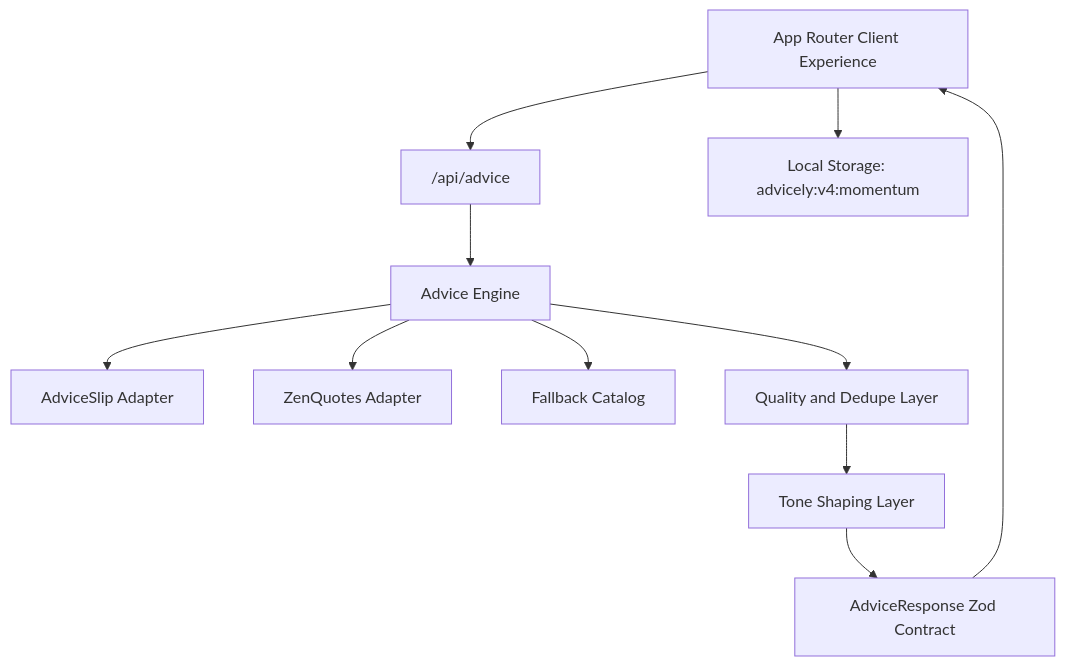
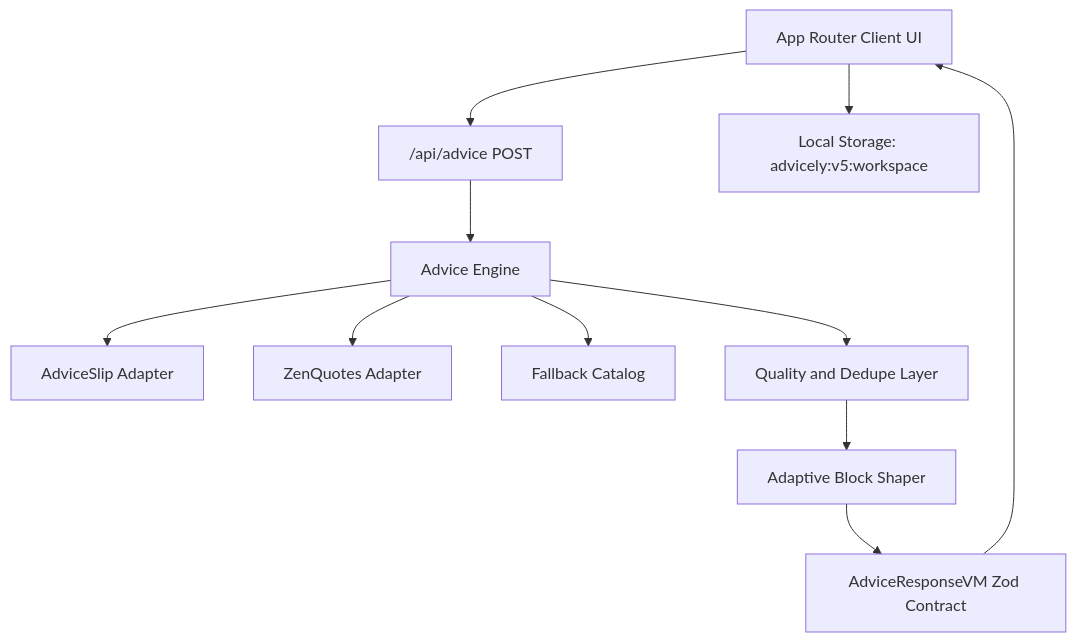
Before and after one commit to AibSyed/advicely: the diagram in docs/architecture.md, drawn with Mermaid. The commit also changed other lines of this file and 46 other files, not shown here.

Commit message:
feat: relaunch advicely v5 as utility-first advice studio (#15)

````diff
--- a/docs/architecture.md
+++ b/docs/architecture.md
@@ -7,13 +7,13 @@
 ```mermaid
 flowchart TB
-  UI["App Router Client Experience"] --> API["/api/advice"]
-  API --> ENG["Advice Engine"]
-  ENG --> PRI["AdviceSlip Adapter"]
-  ENG --> SEC["ZenQuotes Adapter"]
-  ENG --> CAT["Fallback Catalog"]
-  ENG --> QUAL["Quality and Dedupe Layer"]
-  QUAL --> SHAPE["Tone Shaping Layer"]
-  SHAPE --> CONTRACT["AdviceResponse Zod Contract"]
+  UI["App Router Client UI"] --> API["/api/advice POST"]
+  API --> EN["Advice Engine"]
+  EN --> PRI["AdviceSlip Adapter"]
+  EN --> SEC["ZenQuotes Adapter"]
+  EN --> CAT["Fallback Catalog"]
+  EN --> QUAL["Quality and Dedupe Layer"]
+  QUAL --> SHAPE["Adaptive Block Shaper"]
+  SHAPE --> CONTRACT["AdviceResponseVM Zod Contract"]
   CONTRACT --> UI
-  UI --> STORE["Local Storage: advicely:v4:momentum"]
+  UI --> STORE["Local Storage: advicely:v5:workspace"]
 ```
````
